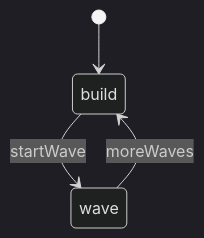
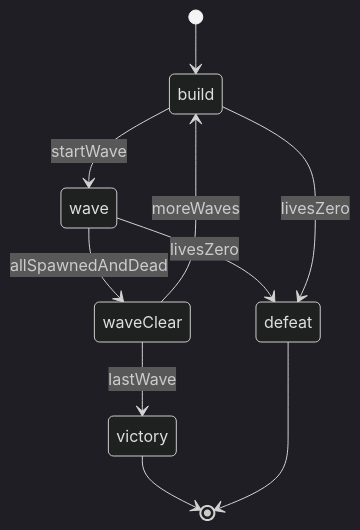
The second of 3 diagrams in games/gridward/docs/explanation/flow.md (kblaszki/godot-game), drawn with Mermaid (dark theme) before and after one commit. The commit also changed other lines of this file and 6 other files, not shown here.

````diff
--- a/games/gridward/docs/explanation/flow.md
+++ b/games/gridward/docs/explanation/flow.md
@@ -32,6 +37,12 @@
 ```mermaid
 stateDiagram-v2
   [*] --> build
   build --> wave: startWave
-  wave --> build: moreWaves
+  wave --> waveClear: allSpawnedAndDead
+  wave --> defeat: livesZero
+  waveClear --> build: moreWaves
+  waveClear --> victory: lastWave
+  build --> defeat: livesZero
+  victory --> [*]
+  defeat --> [*]
 ```
````
